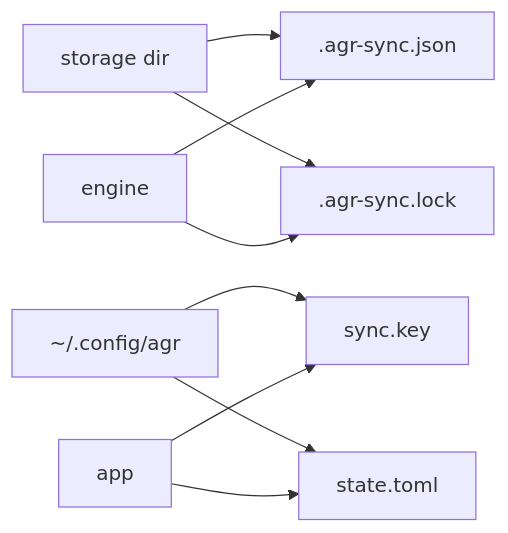
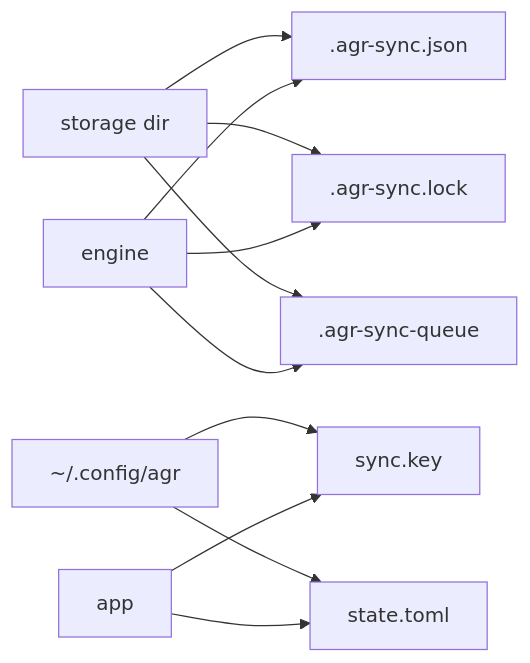
The ninth of 10 diagrams in docs/architecture/sync.md (thiscantbeserious/agent-session-recorder), drawn with Mermaid before and after one commit. The commit also changed other lines of this file and 5 other files, not shown here.

Commit message:
feat(cli): auto push queue shown by sync status, docs, e2e burst case

````diff
--- a/docs/architecture/sync.md
+++ b/docs/architecture/sync.md
@@ -314,11 +324,13 @@
 ```mermaid
 flowchart LR
     storage[storage dir] --> index[.agr-sync.json]
     storage --> lock[.agr-sync.lock]
+    storage --> queue[.agr-sync-queue]
     config[~/.config/agr] --> key[sync.key]
     config --> state[state.toml]
     engine --> index
     engine --> lock
+    engine --> queue
     app --> key
     app --> state
 ```
````
